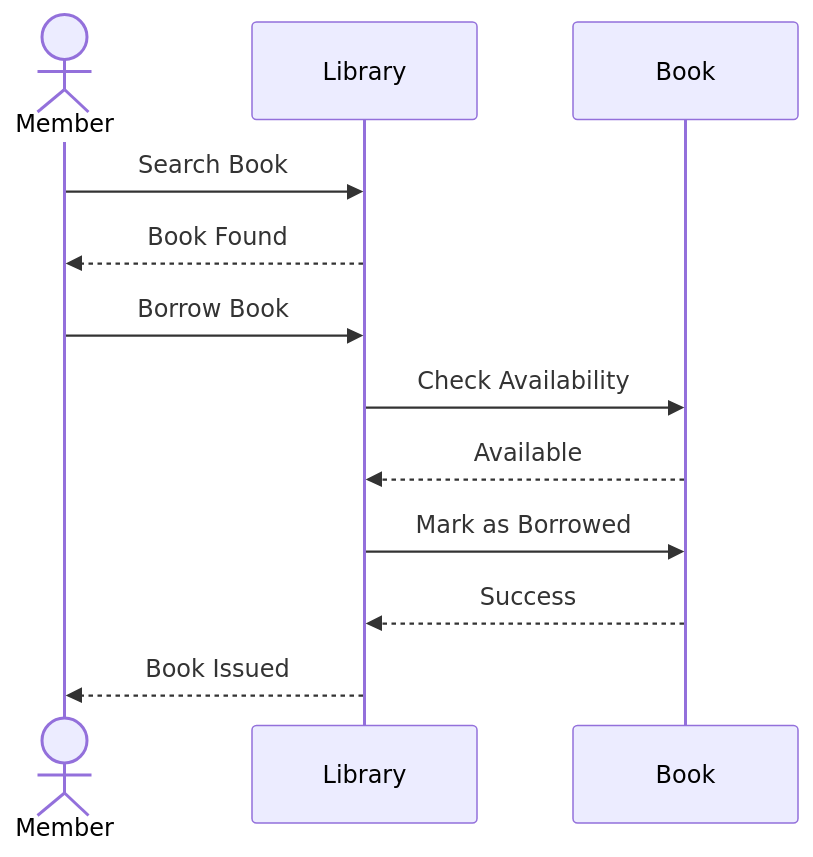
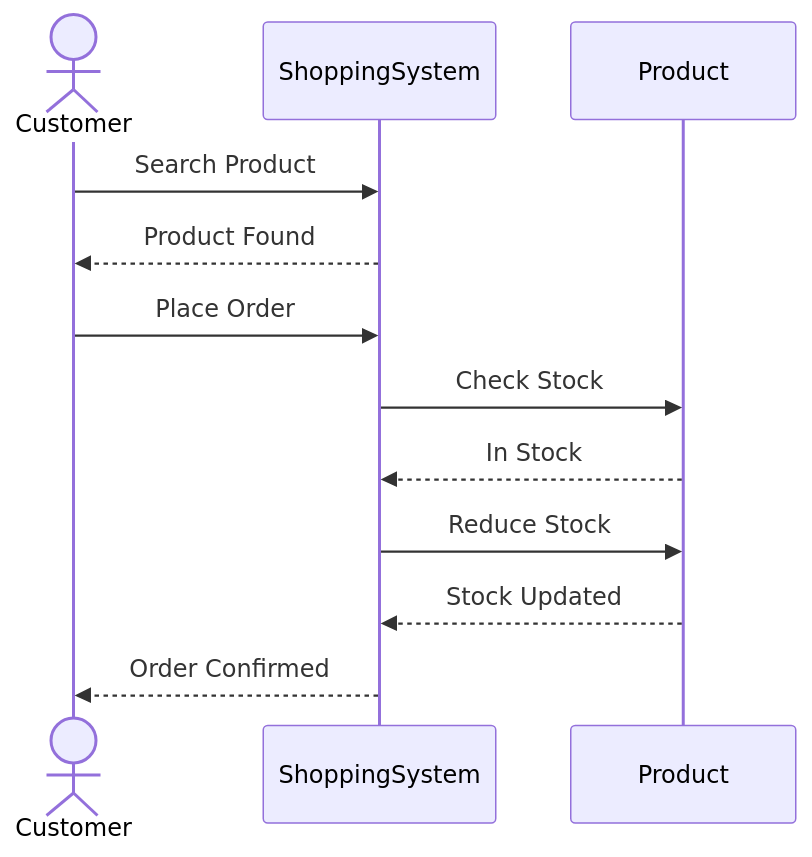
Before and after one commit to NagachandanP/python-low-level-design: the diagram in 01_oop_foundations/02_system_modeling/docs/sequence_diagram.md, drawn with Mermaid. The commit also changed other lines of this file and 5 other files, not shown here.

Commit message:
feat(oop): complete lesson 02 - uml system modeling

````diff
--- a/01_oop_foundations/02_system_modeling/docs/sequence_diagram.md
+++ b/01_oop_foundations/02_system_modeling/docs/sequence_diagram.md
@@ -9,23 +13,24 @@
 ```mermaid
 sequenceDiagram
 
-actor Member
+actor Customer
 
-participant Library
-participant Book
+participant ShoppingSystem
+participant Product
 
-Member->>Library: Search Book
-Library-->>Member: Book Found
+Customer->>ShoppingSystem: Search Product
 
-Member->>Library: Borrow Book
+ShoppingSystem-->>Customer: Product Found
 
-Library->>Book: Check Availability
+Customer->>ShoppingSystem: Place Order
 
-Book-->>Library: Available
+ShoppingSystem->>Product: Check Stock
 
-Library->>Book: Mark as Borrowed
+Product-->>ShoppingSystem: In Stock
 
-Book-->>Library: Success
+ShoppingSystem->>Product: Reduce Stock
 
-Library-->>Member: Book Issued
+Product-->>ShoppingSystem: Stock Updated
+
+ShoppingSystem-->>Customer: Order Confirmed
 ```
````
